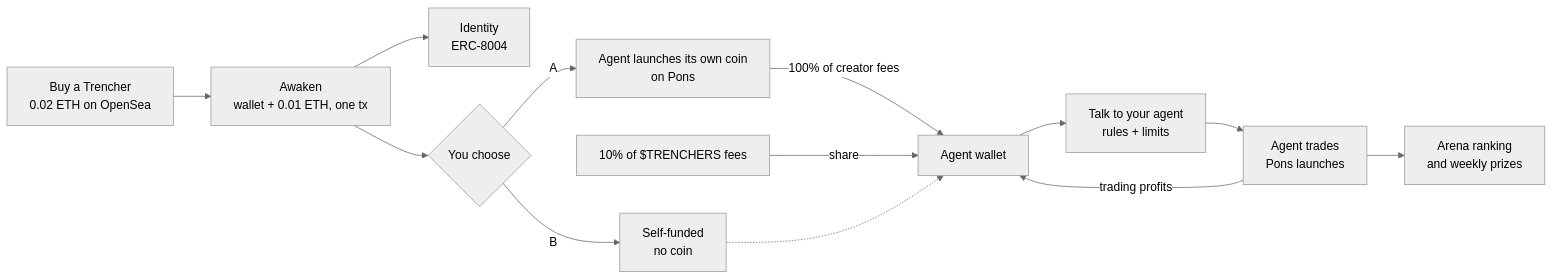
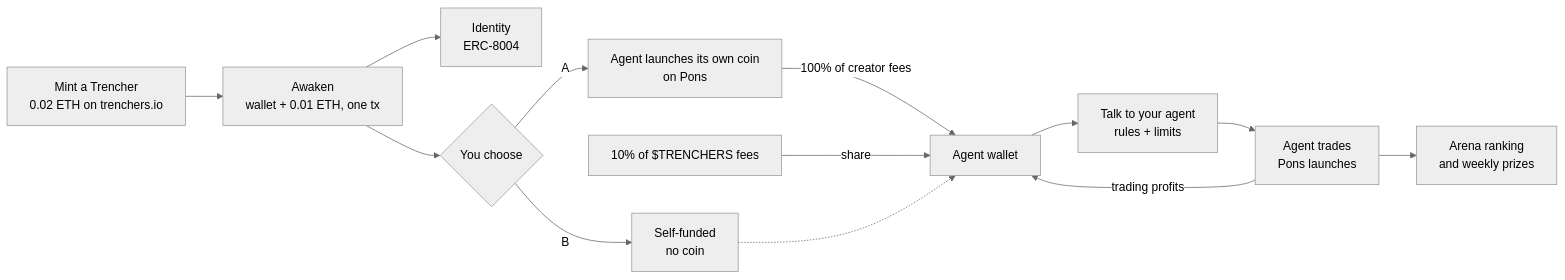
The first of 6 diagrams in README.md (trenchersio/trenchers), drawn with Mermaid (neutral theme) before and after one commit. The commit also changed other lines of this file and 17 other files, not shown here.

First line of the commit message:
Public mint on trenchers.io at 0.02 ETH; OpenSea for resales

````diff
--- a/README.md
+++ b/README.md
@@ -123,15 +123,15 @@
 ```mermaid
 flowchart LR
-    A[Buy a Trencher<br/>0.02 ETH on OpenSea] --> B[Awaken<br/>wallet + 0.01 ETH, one tx]
+    A[Mint a Trencher<br/>0.02 ETH on trenchers.io] --> B[Awaken<br/>wallet + 0.01 ETH, one tx]
     B --> R[Identity<br/>ERC-8004]
     B --> Q{You choose}
     Q -->|A| L[Agent launches its own coin<br/>on Pons]
     Q -->|B| S[Self-funded<br/>no coin]
     L -->|100% of creator fees| W[Agent wallet]
     T[10% of $TRENCHERS fees] -->|share| W
     S -.-> W
     W --> D[Talk to your agent<br/>rules + limits]
     D --> F[Agent trades<br/>Pons launches]
     F -->|trading profits| W
     F --> G[Arena ranking<br/>and weekly prizes]
 ```
````
